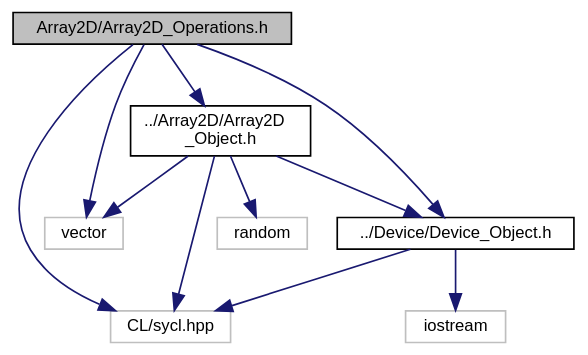
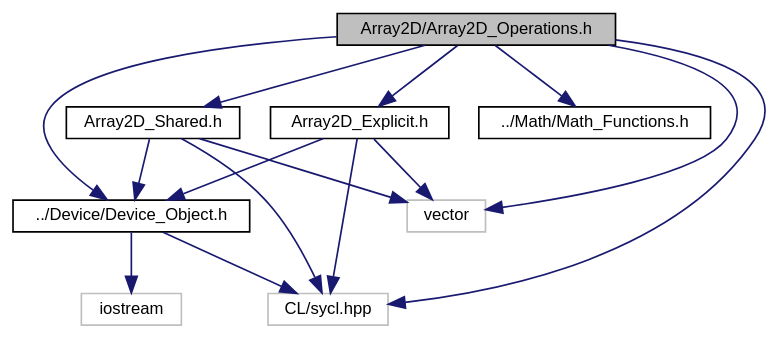
The diagram in docs/PySYCL_doxygen_html/_array2_d___operations_8h__incl.dot (OsmanAEG/PySYCL), drawn with Graphviz before and after one commit. The commit also changed 150 other files, not shown here.

```diff
--- a/docs/PySYCL_doxygen_html/_array2_d___operations_8h__incl.dot
+++ b/docs/PySYCL_doxygen_html/_array2_d___operations_8h__incl.dot
@@ -1,25 +1,30 @@
 digraph "Array2D/Array2D_Operations.h"
 {
  // INTERACTIVE_SVG=YES
  // LATEX_PDF_SIZE
   bgcolor="transparent";
   edge [fontname="Helvetica",fontsize="10",labelfontname="Helvetica",labelfontsize="10"];
   node [fontname="Helvetica",fontsize="10",shape=record];
-  Node1 [label="Array2D/Array2D_Operations.h",height=0.2,width=0.4,color="black", fillcolor="grey75", style="filled", fontcolor="black",tooltip="Array2D operations in PySYCL. These operations receive two individual arrays and return a single arra..."];
+  Node1 [label="Array2D/Array2D_Operations.h",height=0.2,width=0.4,color="black", fillcolor="grey75", style="filled", fontcolor="black",tooltip="Array2D Operations in PySYCL. This header file contains the many operations that can be performed on ..."];
   Node1 -> Node2 [color="midnightblue",fontsize="10",style="solid",fontname="Helvetica"];
   Node2 [label="CL/sycl.hpp",height=0.2,width=0.4,color="grey75",tooltip=" "];
   Node1 -> Node3 [color="midnightblue",fontsize="10",style="solid",fontname="Helvetica"];
   Node3 [label="vector",height=0.2,width=0.4,color="grey75",tooltip=" "];
   Node1 -> Node4 [color="midnightblue",fontsize="10",style="solid",fontname="Helvetica"];
   Node4 [label="../Device/Device_Object.h",height=0.2,width=0.4,color="black",URL="$_device___object_8h.html",tooltip="Device object for device selection in PySYCL."];
   Node4 -> Node5 [color="midnightblue",fontsize="10",style="solid",fontname="Helvetica"];
   Node5 [label="iostream",height=0.2,width=0.4,color="grey75",tooltip=" "];
   Node4 -> Node2 [color="midnightblue",fontsize="10",style="solid",fontname="Helvetica"];
   Node1 -> Node6 [color="midnightblue",fontsize="10",style="solid",fontname="Helvetica"];
-  Node6 [label="../Array2D/Array2D\l_Object.h",height=0.2,width=0.4,color="black",URL="$_array2_d___object_8h.html",tooltip="Array2D in PySYCL."];
-  Node6 -> Node2 [color="midnightblue",fontsize="10",style="solid",fontname="Helvetica"];
-  Node6 -> Node3 [color="midnightblue",fontsize="10",style="solid",fontname="Helvetica"];
-  Node6 -> Node7 [color="midnightblue",fontsize="10",style="solid",fontname="Helvetica"];
-  Node7 [label="random",height=0.2,width=0.4,color="grey75",tooltip=" "];
-  Node6 -> Node4 [color="midnightblue",fontsize="10",style="solid",fontname="Helvetica"];
+  Node6 [label="../Math/Math_Functions.h",height=0.2,width=0.4,color="black",URL="$_math___functions_8h.html",tooltip="Math functions returned in the form of lambda functions."];
+  Node1 -> Node7 [color="midnightblue",fontsize="10",style="solid",fontname="Helvetica"];
+  Node7 [label="Array2D_Explicit.h",height=0.2,width=0.4,color="black",URL="$_array2_d___explicit_8h.html",tooltip="Array2D in PySYCL. This is the explicit version of the Array2D class. It is used when the user wants ..."];
+  Node7 -> Node2 [color="midnightblue",fontsize="10",style="solid",fontname="Helvetica"];
+  Node7 -> Node3 [color="midnightblue",fontsize="10",style="solid",fontname="Helvetica"];
+  Node7 -> Node4 [color="midnightblue",fontsize="10",style="solid",fontname="Helvetica"];
+  Node1 -> Node8 [color="midnightblue",fontsize="10",style="solid",fontname="Helvetica"];
+  Node8 [label="Array2D_Shared.h",height=0.2,width=0.4,color="black",URL="$_array2_d___shared_8h.html",tooltip="Array2D in PySYCL. This is the shared version of the Array2D class. It is used when the user wants to..."];
+  Node8 -> Node2 [color="midnightblue",fontsize="10",style="solid",fontname="Helvetica"];
+  Node8 -> Node3 [color="midnightblue",fontsize="10",style="solid",fontname="Helvetica"];
+  Node8 -> Node4 [color="midnightblue",fontsize="10",style="solid",fontname="Helvetica"];
 }
```
